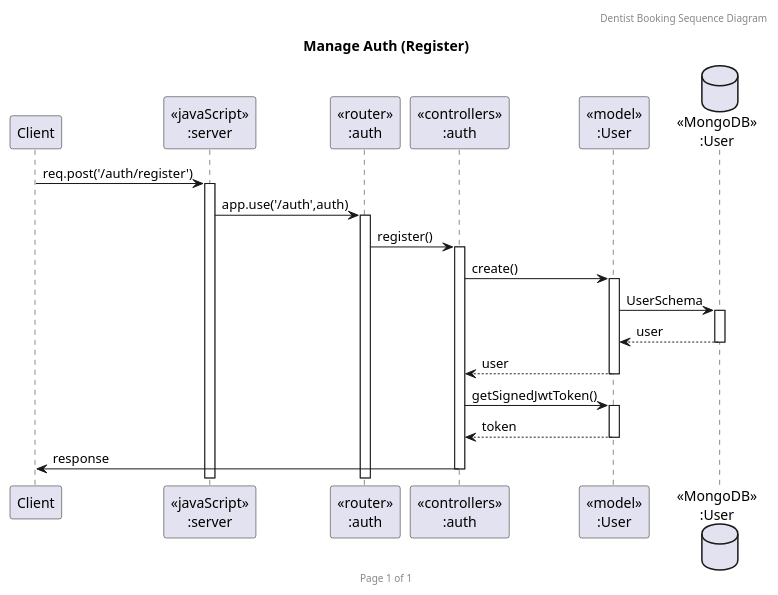
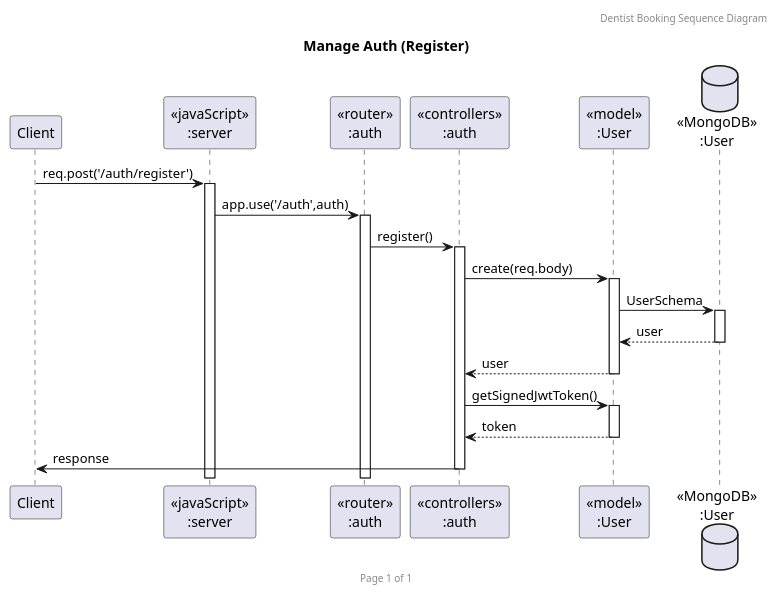
The diagram in doc/sequence_diagram/Register.puml (KoalaMuch/DentistBooking), drawn with PlantUML before and after one commit. The commit also changed 1 other file, not shown here.

Commit message:
fix seq diagram

```diff
--- a/doc/sequence_diagram/Register.puml
+++ b/doc/sequence_diagram/Register.puml
@@ -1,25 +1,25 @@
 @startuml Manage Auth (Register)
 
 header Dentist Booking Sequence Diagram
 footer Page %page% of %lastpage%
 title "Manage Auth (Register)"
 
 participant "Client" as client
 participant "<<javaScript>>\n:server" as server
 participant "<<router>>\n:auth" as routerAuth
 participant "<<controllers>>\n:auth" as controllersAuth
 participant "<<model>>\n:User" as modelUser
 database "<<MongoDB>>\n:User" as UsersDatabase
 
 client->server ++:req.post('/auth/register')
 server->routerAuth ++:app.use('/auth',auth)
 routerAuth -> controllersAuth ++:register()
-controllersAuth->modelUser ++:create()
+controllersAuth->modelUser ++:create(req.body)
 modelUser ->UsersDatabase ++: UserSchema
 UsersDatabase --> modelUser --: user
 controllersAuth <-- modelUser --:user
 controllersAuth->modelUser ++:getSignedJwtToken()
 controllersAuth <-- modelUser --:token
 controllersAuth->client --:response
 
 @enduml
```
